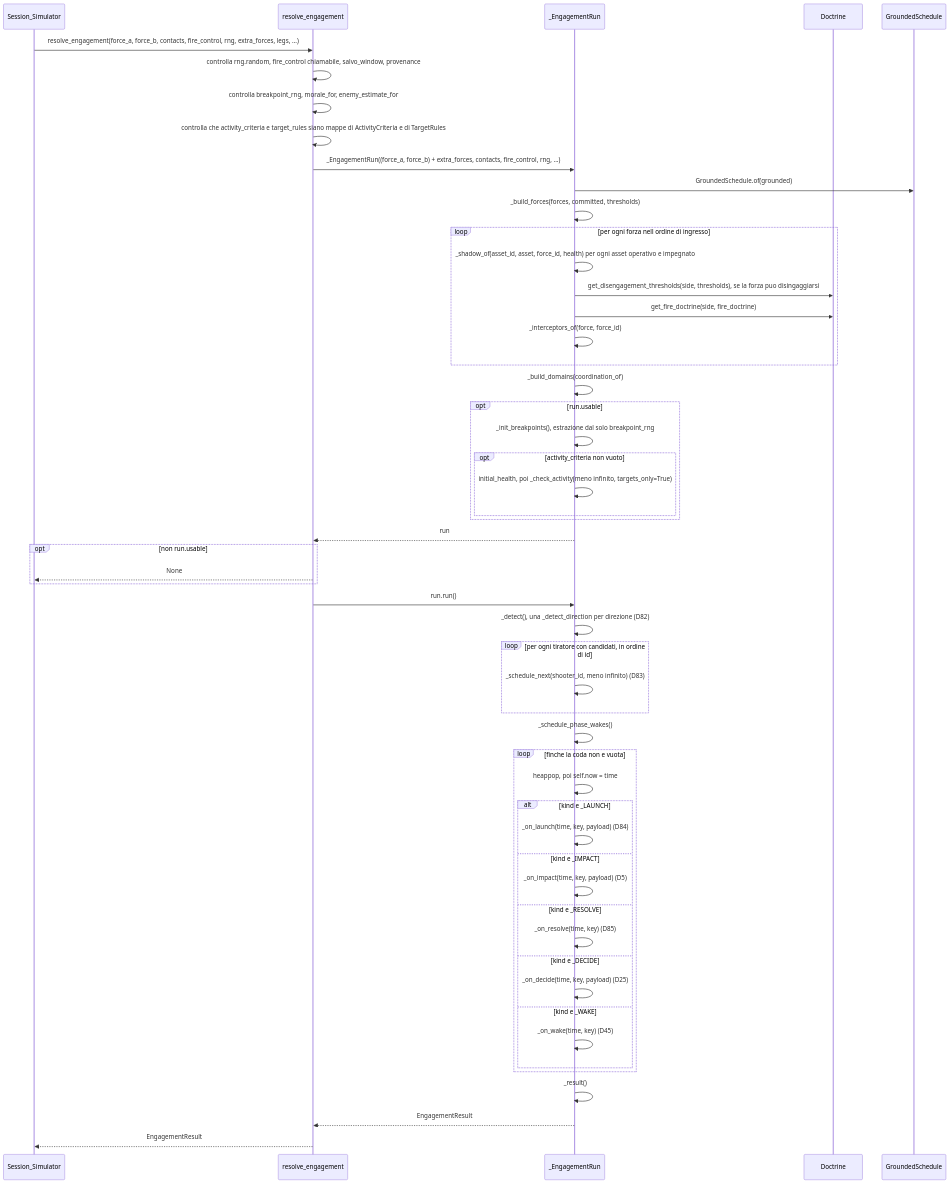
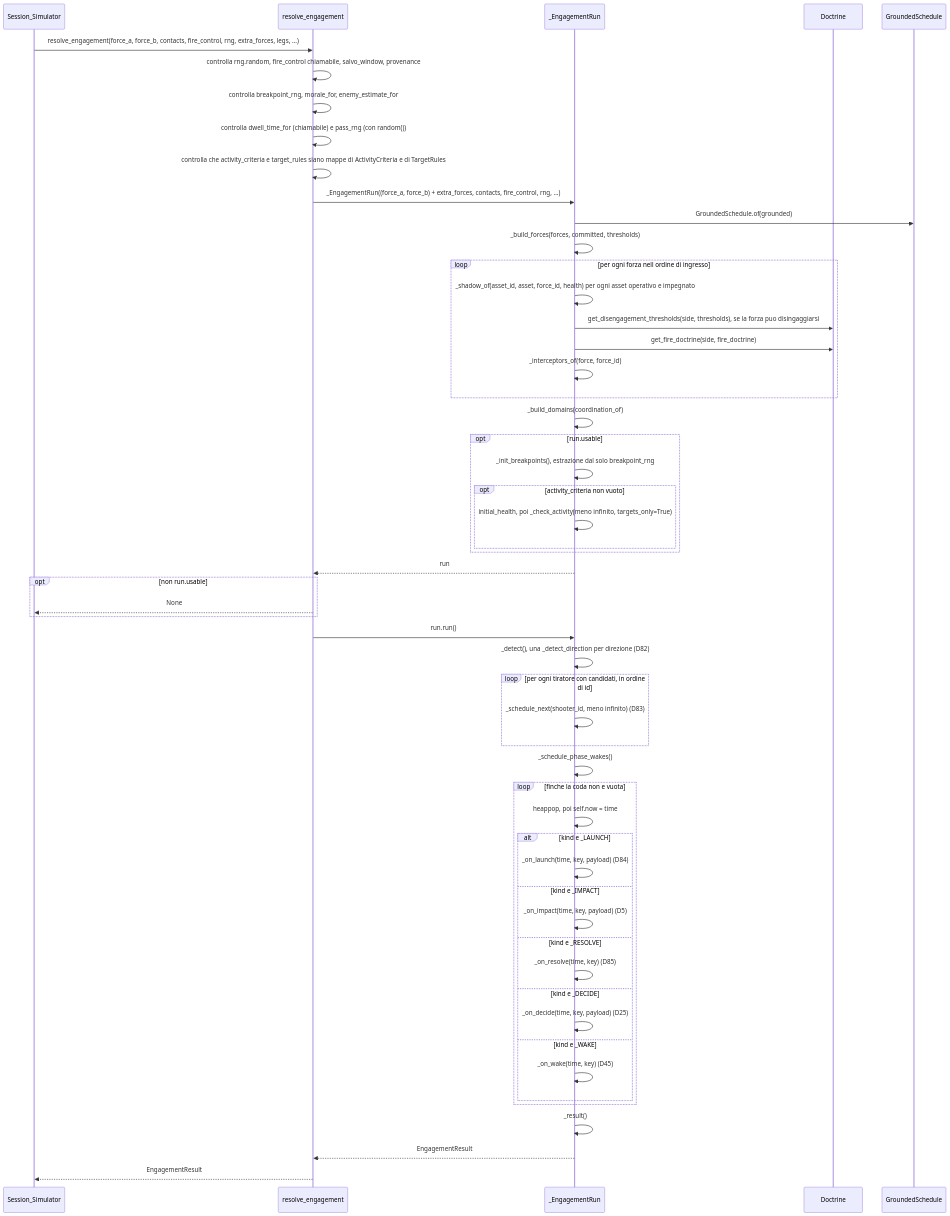
Before and after one commit to MakusIV/Warfare-Model: diagram 15 of 22 in Analysis/Document/Manuale_Motore_DES/11a_Atlante_Risolutore.md, drawn with Mermaid. The commit also changed other lines of this file and 5 other files, not shown here.

````diff
--- a/Analysis/Document/Manuale_Motore_DES/11a_Atlante_Risolutore.md
+++ b/Analysis/Document/Manuale_Motore_DES/11a_Atlante_Risolutore.md
@@ -925,55 +928,56 @@
 ```mermaid
 sequenceDiagram
     participant SS as Session_Simulator
     participant RE as resolve_engagement
     participant RUN as _EngagementRun
     participant DOC as Doctrine
     participant GS as GroundedSchedule
     SS->>RE: resolve_engagement(force_a, force_b, contacts, fire_control, rng, extra_forces, legs, ...)
     RE->>RE: controlla rng.random, fire_control chiamabile, salvo_window, provenance
     RE->>RE: controlla breakpoint_rng, morale_for, enemy_estimate_for
+    RE->>RE: controlla dwell_time_for (chiamabile) e pass_rng (con random())
     RE->>RE: controlla che activity_criteria e target_rules siano mappe di ActivityCriteria e di TargetRules
     RE->>RUN: _EngagementRun((force_a, force_b) + extra_forces, contacts, fire_control, rng, ...)
     RUN->>GS: GroundedSchedule.of(grounded)
     RUN->>RUN: _build_forces(forces, committed, thresholds)
     loop per ogni forza nell ordine di ingresso
         RUN->>RUN: _shadow_of(asset_id, asset, force_id, health) per ogni asset operativo e impegnato
         RUN->>DOC: get_disengagement_thresholds(side, thresholds), se la forza puo disingaggiarsi
         RUN->>DOC: get_fire_doctrine(side, fire_doctrine)
         RUN->>RUN: _interceptors_of(force, force_id)
     end
     RUN->>RUN: _build_domains(coordination_of)
     opt run.usable
         RUN->>RUN: _init_breakpoints(), estrazione dal solo breakpoint_rng
         opt activity_criteria non vuoto
             RUN->>RUN: initial_health, poi _check_activity(meno infinito, targets_only=True)
         end
     end
     RUN-->>RE: run
     opt non run.usable
         RE-->>SS: None
     end
     RE->>RUN: run.run()
     RUN->>RUN: _detect(), una _detect_direction per direzione (D82)
     loop per ogni tiratore con candidati, in ordine di id
         RUN->>RUN: _schedule_next(shooter_id, meno infinito) (D83)
     end
     RUN->>RUN: _schedule_phase_wakes()
     loop finche la coda non e vuota
         RUN->>RUN: heappop, poi self.now = time
         alt kind e _LAUNCH
             RUN->>RUN: _on_launch(time, key, payload) (D84)
         else kind e _IMPACT
             RUN->>RUN: _on_impact(time, key, payload) (D5)
         else kind e _RESOLVE
             RUN->>RUN: _on_resolve(time, key) (D85)
         else kind e _DECIDE
             RUN->>RUN: _on_decide(time, key, payload) (D25)
         else kind e _WAKE
             RUN->>RUN: _on_wake(time, key) (D45)
         end
     end
     RUN->>RUN: _result()
     RUN-->>RE: EngagementResult
     RE-->>SS: EngagementResult
 ```
````
